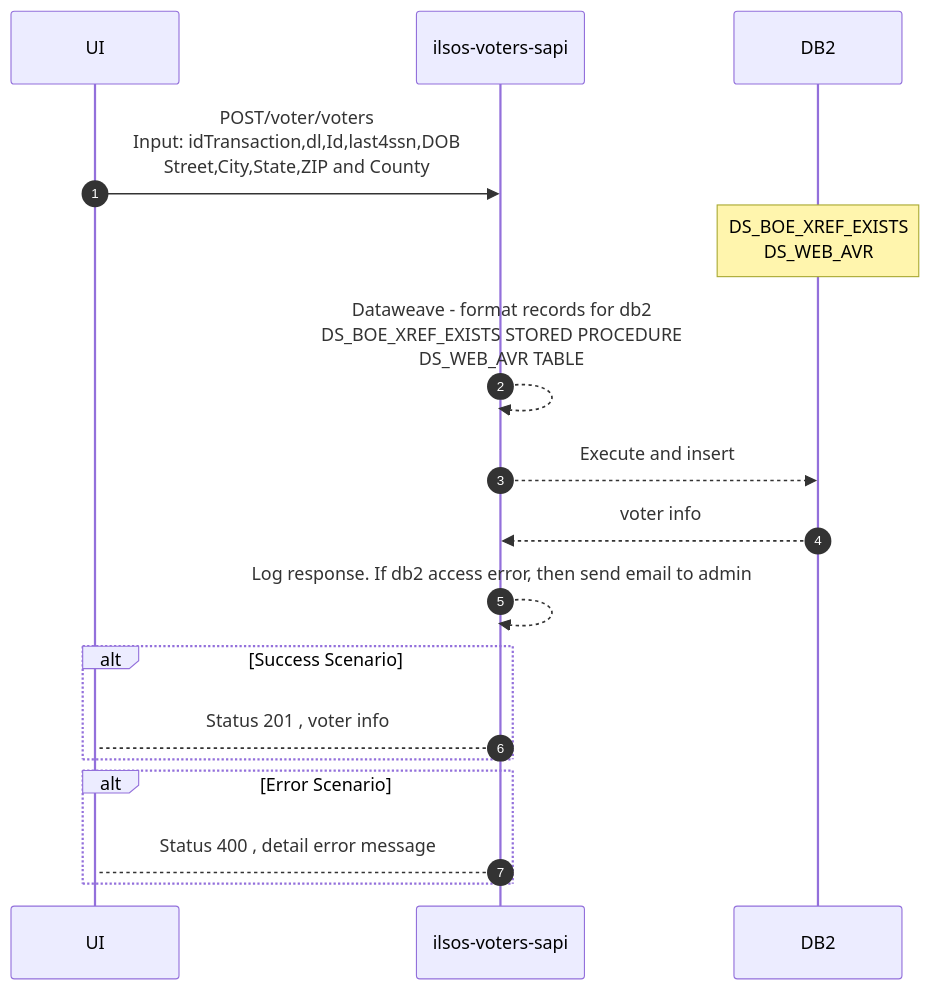
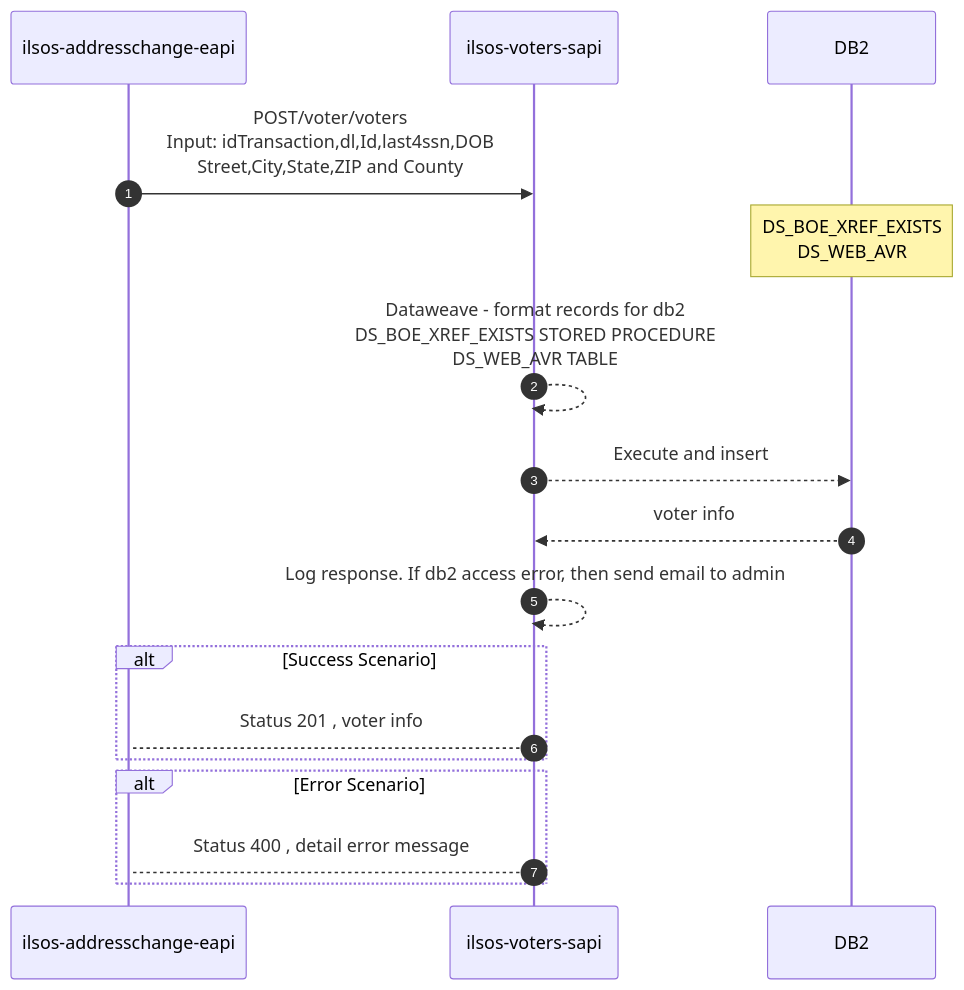
One commit to acme-devs/ilsos-voters-sapi changed the diagram in README.md. Above: the diagram before and after it, drawn with Mermaid.

````diff
--- a/README.md
+++ b/README.md
@@ -25,20 +25,20 @@
 ```mermaid
 sequenceDiagram
     autonumber
-    participant ui as UI
+    participant eapi as ilsos-addresschange-eapi
     participant api as ilsos-voters-sapi
     participant db2 as DB2
     
-    ui->>api:POST/voter/voters <br>Input: idTransaction,dl,Id,last4ssn,DOB<br>Street,City,State,ZIP and County
+    eapi->>api:POST/voter/voters <br>Input: idTransaction,dl,Id,last4ssn,DOB<br>Street,City,State,ZIP and County
     note over db2:DS_BOE_XREF_EXISTS<br>DS_WEB_AVR
     api-->>api:Dataweave - format records for db2<BR> DS_BOE_XREF_EXISTS STORED PROCEDURE<br>DS_WEB_AVR TABLE
     api-->>db2: Execute and insert 
     db2-->>api: voter info
     api-->>api:Log response. If db2 access error, then send email to admin
     alt Success Scenario 
-        api-->ui: Status 201 , voter info
+        api-->eapi: Status 201 , voter info
     end
     alt Error Scenario 
-        api-->ui: Status 400 , detail error message
+        api-->eapi: Status 400 , detail error message
     end
   ```
````
